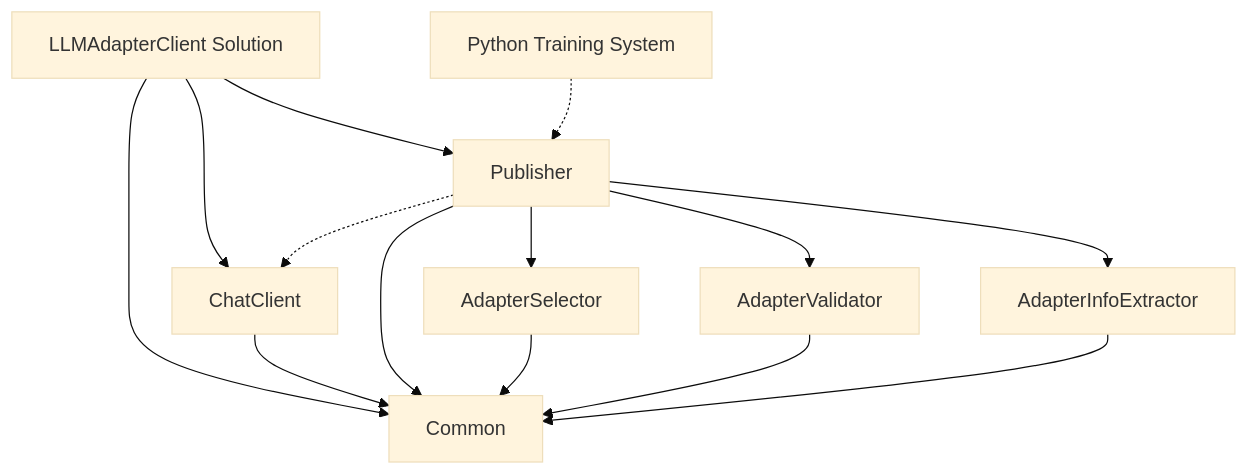
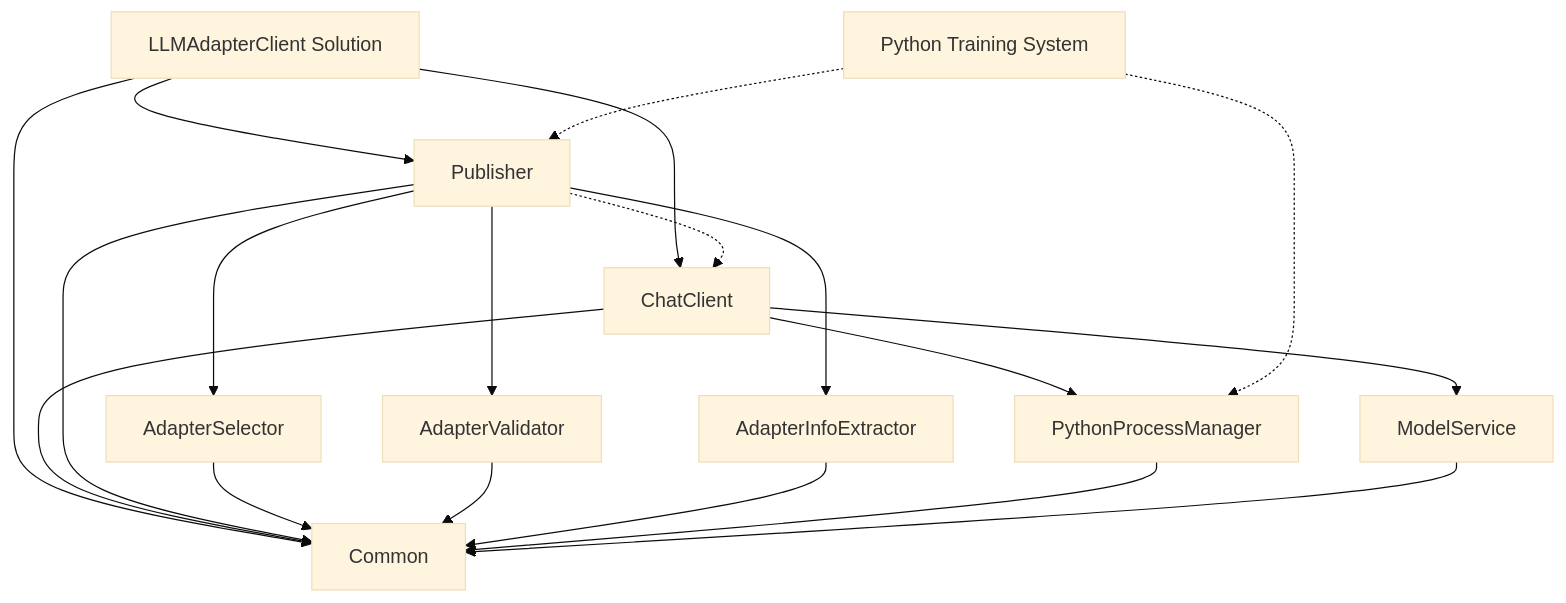
Before and after one commit to gsinghjay/LLMAdapterClient: the first of 2 diagrams in README.md, drawn with Mermaid (base theme). The commit also changed other lines of this file, not shown here.

Commit message:
docs(readme): update documentation to include Python Process Manager implementation

````diff
--- a/README.md
+++ b/README.md
@@ -157,17 +199,22 @@
 ```mermaid
 graph TD
     A[LLMAdapterClient Solution] --> B[ChatClient]
     A --> C[Publisher]
     A --> D[Common]
     
     C --> E[AdapterSelector]
     C --> F[AdapterValidator]
     C --> G[AdapterInfoExtractor]
     
+    B --> H[PythonProcessManager]
+    B --> I[ModelService]
+    
     B --> D
     C --> D
     E & F & G --> D
+    H & I --> D
 
     P[Python Training System] -.-> C
+    P -.-> H
     C -.-> B
 ```
````
